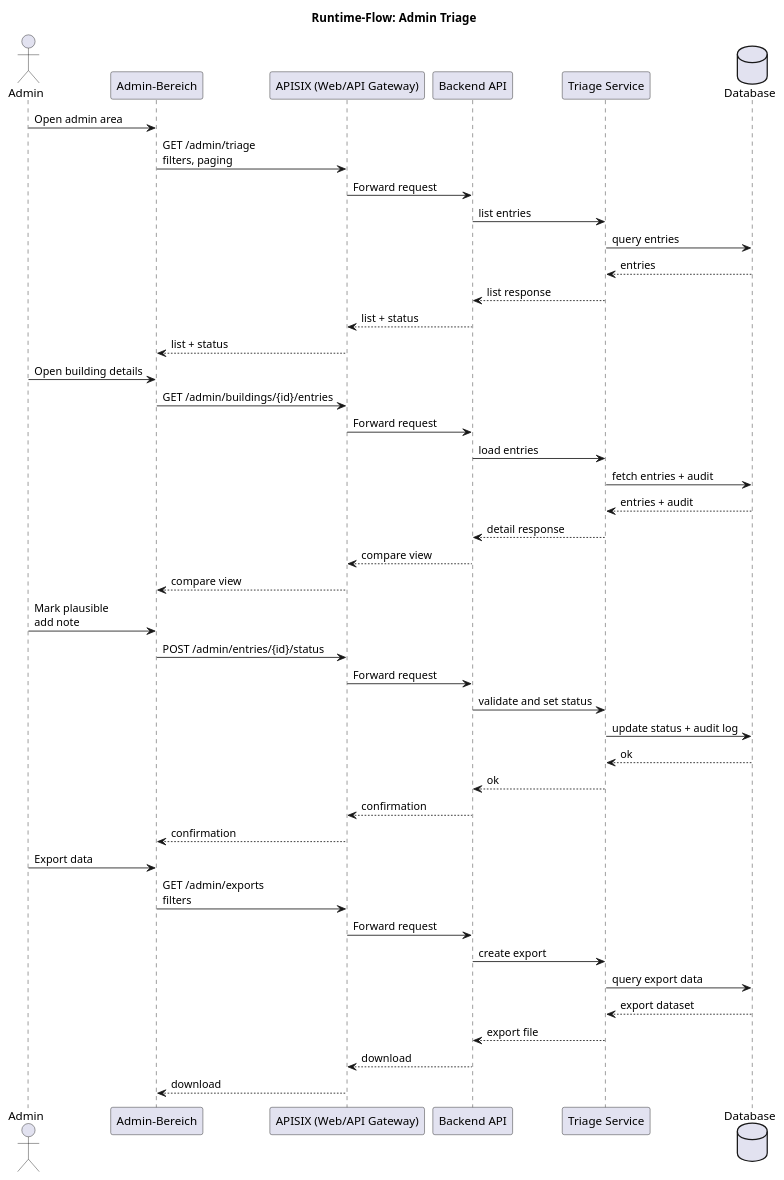
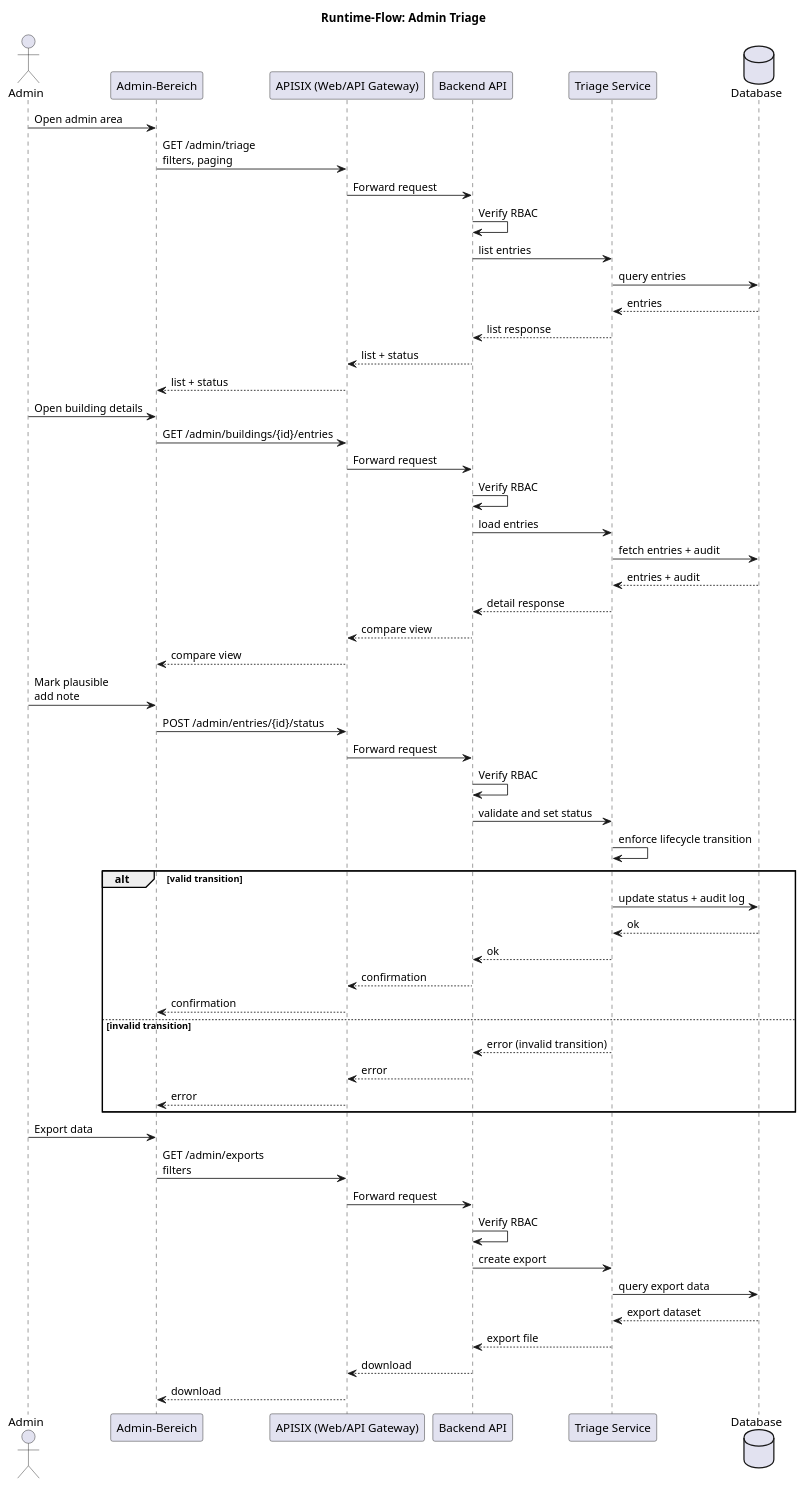
Before and after one commit to csi-FOXBYTE/Regensburg_DigitalerEnergieZwilling_Backend: the diagram in docs/architecture/raw/runtime-flow-admin-triage.puml, drawn with PlantUML. The commit also changed 21 other files, not shown here.

Commit message:
add security by design to architecture docs

```diff
--- a/docs/architecture/raw/runtime-flow-admin-triage.puml
+++ b/docs/architecture/raw/runtime-flow-admin-triage.puml
@@ -1,51 +1,62 @@
 @startuml
 title Runtime-Flow: Admin Triage
 
 actor Admin
 participant "Admin-Bereich" as ui
 participant "APISIX (Web/API Gateway)" as gateway
 participant "Backend API" as api
 participant "Triage Service" as triage
 database "Database" as db
 
 Admin -> ui : Open admin area
 ui -> gateway : GET /admin/triage\nfilters, paging
 gateway -> api : Forward request
+api -> api : Verify RBAC
 api -> triage : list entries
 triage -> db : query entries
 db --> triage : entries
 triage --> api : list response
 api --> gateway : list + status
 gateway --> ui : list + status
 
 Admin -> ui : Open building details
 ui -> gateway : GET /admin/buildings/{id}/entries
 gateway -> api : Forward request
+api -> api : Verify RBAC
 api -> triage : load entries
 triage -> db : fetch entries + audit
 db --> triage : entries + audit
 triage --> api : detail response
 api --> gateway : compare view
 gateway --> ui : compare view
 
 Admin -> ui : Mark plausible\nadd note
 ui -> gateway : POST /admin/entries/{id}/status
 gateway -> api : Forward request
+api -> api : Verify RBAC
 api -> triage : validate and set status
-triage -> db : update status + audit log
-db --> triage : ok
-triage --> api : ok
-api --> gateway : confirmation
-gateway --> ui : confirmation
+triage -> triage : enforce lifecycle transition
+alt valid transition
+  triage -> db : update status + audit log
+  db --> triage : ok
+  triage --> api : ok
+  api --> gateway : confirmation
+  gateway --> ui : confirmation
+else invalid transition
+  triage --> api : error (invalid transition)
+  api --> gateway : error
+  gateway --> ui : error
+end
 
 Admin -> ui : Export data
 ui -> gateway : GET /admin/exports\nfilters
 gateway -> api : Forward request
+api -> api : Verify RBAC
 api -> triage : create export
 triage -> db : query export data
 db --> triage : export dataset
 triage --> api : export file
 api --> gateway : download
 gateway --> ui : download
 
 @enduml
```
